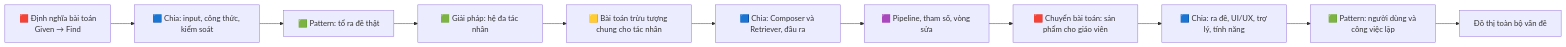
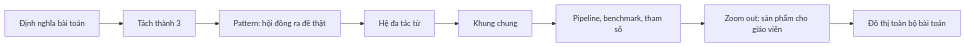
One commit to ndmhuy/ASTRA changed the first of 16 diagrams in docs/ct-slide-plan.md. Above: the diagram before and after it, drawn with Mermaid. The commit also changed other lines of this file and 1 other file, not shown here.

````diff
--- a/docs/ct-slide-plan.md
+++ b/docs/ct-slide-plan.md
@@ -86,15 +74,10 @@
 ```mermaid
 flowchart LR
-    P["🟥 Định nghĩa bài toán<br/>Given → Find"]
-    D1["🟦 Chia: input, công thức, kiểm soát"]
-    PR1["🟩 Pattern: tổ ra đề thật"]
-    M["🟩 Giải pháp: hệ đa tác nhân"]
-    A1["🟨 Bài toán trừu tượng chung cho tác nhân"]
-    D2["🟦 Chia: Composer và Retriever, đầu ra"]
-    AL["🟪 Pipeline, tham số, vòng sửa"]
-    T["🟥 Chuyển bài toán: sản phẩm cho giáo viên"]
-    D3["🟦 Chia: ra đề, UI/UX, trợ lý, tính năng"]
-    PR2["🟩 Pattern: người dùng và công việc lặp"]
-    G["Đồ thị toàn bộ vấn đề"]
-    P --> D1 --> PR1 --> M --> A1 --> D2 --> AL --> T --> D3 --> PR2 --> G
+    P["Định nghĩa bài toán"] --> D1["Tách thành 3"]
+    D1 --> PR1["Pattern: hội đồng ra đề thật"]
+    PR1 --> M["Hệ đa tác tử"]
+    M --> A1["Khung chung"]
+    A1 --> AL["Pipeline, benchmark, tham số"]
+    AL --> T["Zoom out: sản phẩm cho giáo viên"]
+    T --> G["Đồ thị toàn bộ bài toán"]
 ```
````
